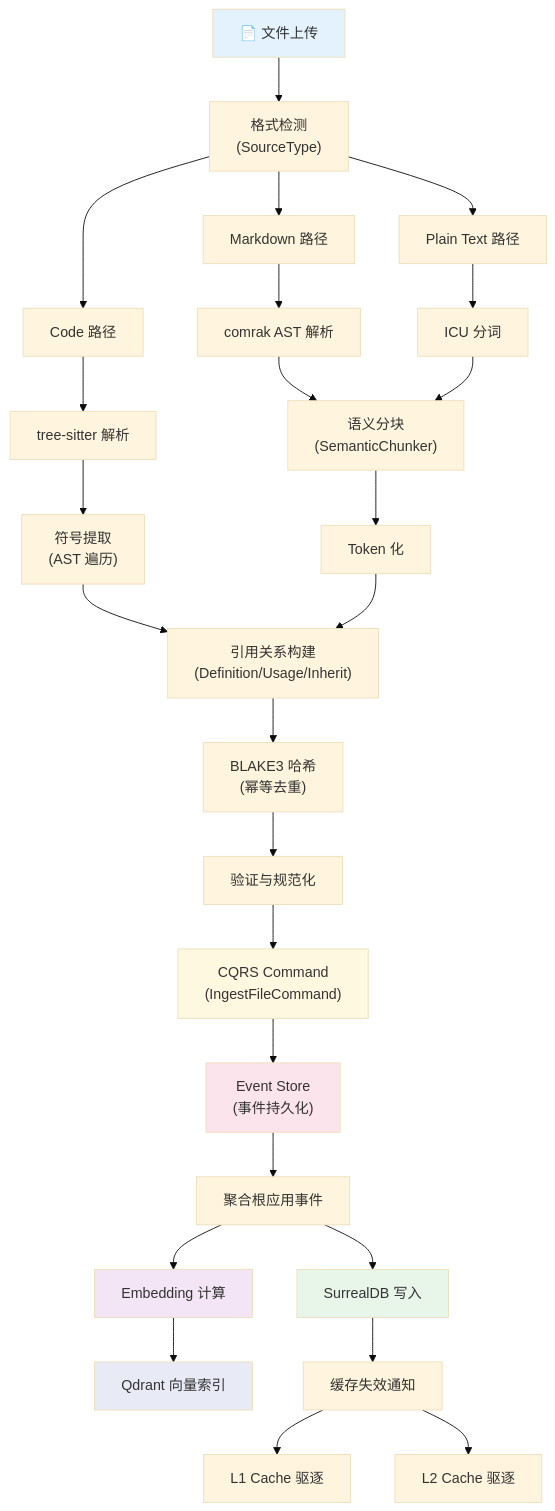
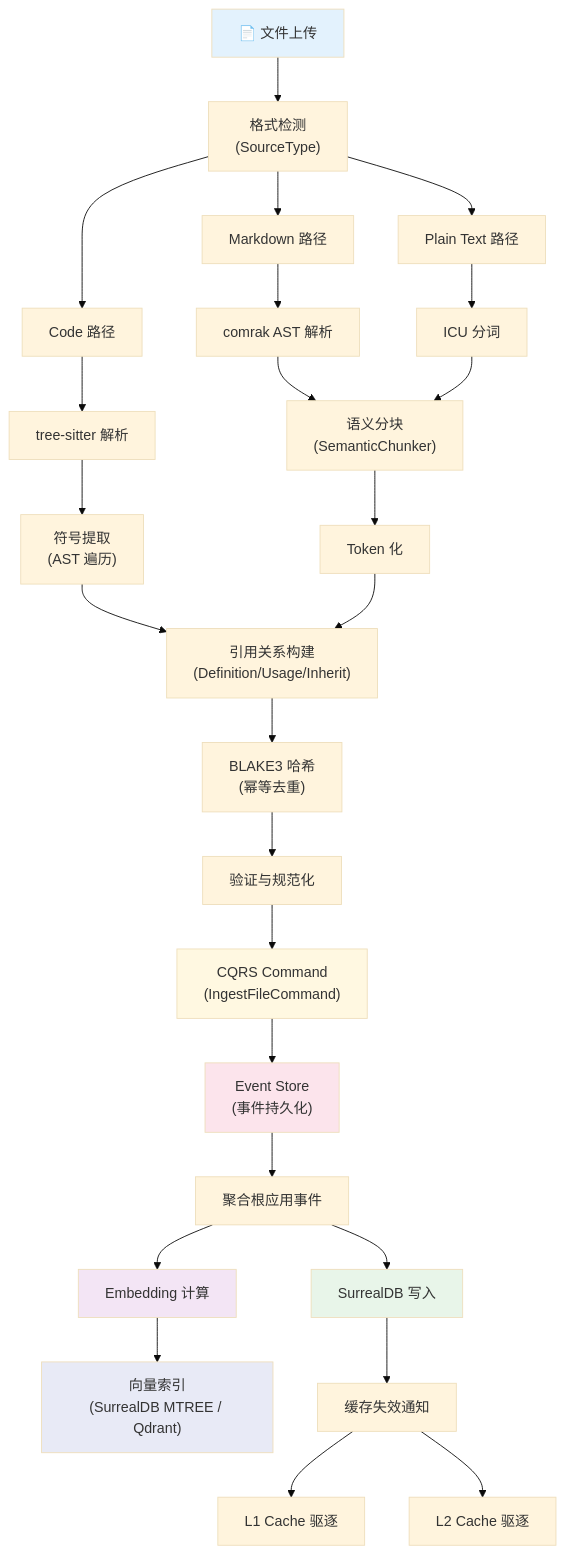
The third of 4 diagrams in spec/.docs/architecture/system-overview.md (EMC-Technology/emc-website), drawn with Mermaid (base theme) before and after one commit. The commit also changed other lines of this file and 358 other files, not shown here.

````diff
--- a/spec/.docs/architecture/system-overview.md
+++ b/spec/.docs/architecture/system-overview.md
@@ -279,41 +279,41 @@
 ```mermaid
 flowchart TD
     Upload["📄 文件上传"] --> Detect["格式检测<br/>(SourceType)"]
 
     Detect --> MDPath["Markdown 路径"]
     Detect --> CodePath["Code 路径"]
     Detect --> PlainPath["Plain Text 路径"]
 
     MDPath --> MDParse["comrak AST 解析"]
     CodePath --> TSParse["tree-sitter 解析"]
     PlainPath --> ICUSplit["ICU 分词"]
 
     MDParse --> Chunk["语义分块<br/>(SemanticChunker)"]
     TSParse --> SymbolExtract["符号提取<br/>(AST 遍历)"]
     ICUSplit --> Chunk
 
     SymbolExtract --> RefBuild["引用关系构建<br/>(Definition/Usage/Inherit)"]
     Chunk --> Tokenize["Token 化"]
     Tokenize --> RefBuild
 
     RefBuild --> Hash["BLAKE3 哈希<br/>(幂等去重)"]
     Hash --> Validate["验证与规范化"]
     Validate --> Persist["CQRS Command<br/>(IngestFileCommand)"]
 
     Persist --> ES["Event Store<br/>(事件持久化)"]
     ES --> Apply["聚合根应用事件"]
     Apply --> WriteDB["SurrealDB 写入"]
     Apply --> Embed["Embedding 计算"]
-    Embed --> VecDB["Qdrant 向量索引"]
+    Embed --> VecDB["向量索引<br/>(SurrealDB MTREE / Qdrant)"]
 
     WriteDB --> CacheInvalid["缓存失效通知"]
     CacheInvalid --> L1Evict["L1 Cache 驱逐"]
     CacheInvalid --> L2Evict["L2 Cache 驱逐"]
 
     style Upload fill:#e3f2fd
     style Persist fill:#fff8e1
     style ES fill:#fce4ec
     style WriteDB fill:#e8f5e9
     style Embed fill:#f3e5f5
     style VecDB fill:#e8eaf6
 ```
````
